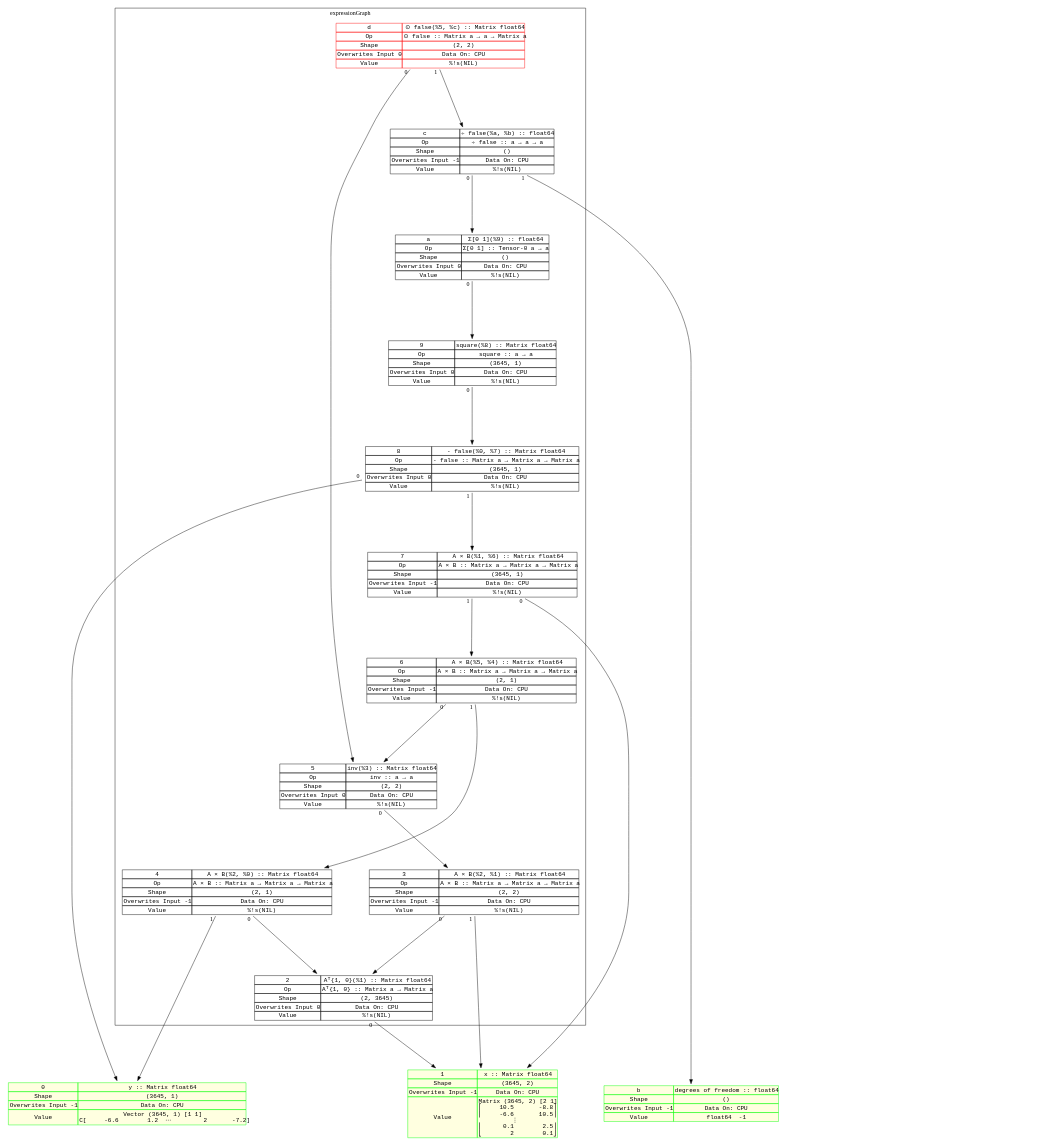
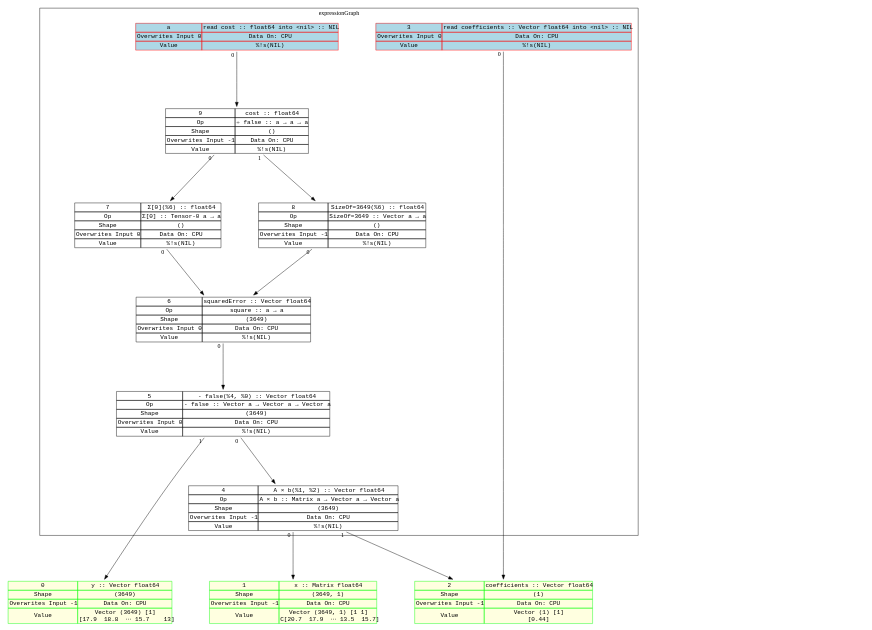
One commit to MashinIvan/prediction changed the diagram in simple_graph.dot. Above: the diagram before and after it, drawn with Graphviz. The commit also changed 19 other files, not shown here.

```diff
--- a/simple_graph.dot
+++ b/simple_graph.dot
@@ -2,36 +2,29 @@
 	nodesep=1;
 	rankdir=TB;
 	ranksep="1.5 equally";
-	Node_0xc00047ea80:Node_0xc00047ea80:anchor->Node_0xc00047e8c0:Node_0xc00047e8c0:anchor[ labelfloat=false, taillabel=" 0 " ];
-	Node_0xc00047eb60:Node_0xc00047eb60:anchor->Node_0xc00047ea80:Node_0xc00047ea80:anchor[ labelfloat=false, taillabel=" 0 " ];
-	Node_0xc00047eb60:Node_0xc00047eb60:anchor->Node_0xc00047e8c0:Node_0xc00047e8c0:anchor[ labelfloat=false, taillabel=" 1 " ];
-	Node_0xc00047ec40:Node_0xc00047ec40:anchor->Node_0xc00047ea80:Node_0xc00047ea80:anchor[ labelfloat=false, taillabel=" 0 " ];
-	Node_0xc00047ec40:Node_0xc00047ec40:anchor->Node_0xc00047e540:Node_0xc00047e540:anchor[ labelfloat=false, taillabel=" 1 " ];
-	Node_0xc00047ed20:Node_0xc00047ed20:anchor->Node_0xc00047eb60:Node_0xc00047eb60:anchor[ labelfloat=false, taillabel=" 0 " ];
-	Node_0xc00047ee00:Node_0xc00047ee00:anchor->Node_0xc00047ed20:Node_0xc00047ed20:anchor[ labelfloat=false, taillabel=" 0 " ];
-	Node_0xc00047ee00:Node_0xc00047ee00:anchor->Node_0xc00047ec40:Node_0xc00047ec40:anchor[ labelfloat=false, taillabel=" 1 " ];
-	Node_0xc00047eee0:Node_0xc00047eee0:anchor->Node_0xc00047e8c0:Node_0xc00047e8c0:anchor[ labelfloat=false, taillabel=" 0 " ];
-	Node_0xc00047eee0:Node_0xc00047eee0:anchor->Node_0xc00047ee00:Node_0xc00047ee00:anchor[ labelfloat=false, taillabel=" 1 " ];
-	Node_0xc00047efc0:Node_0xc00047efc0:anchor->Node_0xc00047e540:Node_0xc00047e540:anchor[ labelfloat=false, taillabel=" 0 " ];
-	Node_0xc00047efc0:Node_0xc00047efc0:anchor->Node_0xc00047eee0:Node_0xc00047eee0:anchor[ labelfloat=false, taillabel=" 1 " ];
-	Node_0xc00047f260:Node_0xc00047f260:anchor->Node_0xc00047efc0:Node_0xc00047efc0:anchor[ labelfloat=false, taillabel=" 0 " ];
-	Node_0xc00047f340:Node_0xc00047f340:anchor->Node_0xc00047f260:Node_0xc00047f260:anchor[ labelfloat=false, taillabel=" 0 " ];
-	Node_0xc00047f500:Node_0xc00047f500:anchor->Node_0xc00047f340:Node_0xc00047f340:anchor[ labelfloat=false, taillabel=" 0 " ];
-	Node_0xc00047f500:Node_0xc00047f500:anchor->Node_0xc00047f420:Node_0xc00047f420:anchor[ labelfloat=false, taillabel=" 1 " ];
-	Node_0xc00047f5e0:Node_0xc00047f5e0:anchor->Node_0xc00047ed20:Node_0xc00047ed20:anchor[ labelfloat=false, taillabel=" 0 " ];
-	Node_0xc00047f5e0:Node_0xc00047f5e0:anchor->Node_0xc00047f500:Node_0xc00047f500:anchor[ labelfloat=false, taillabel=" 1 " ];
+	Node_0xc00031a2a0:Node_0xc00031a2a0:anchor->Node_0xc00031a1c0:Node_0xc00031a1c0:anchor[ labelfloat=false, taillabel=" 0 " ];
+	Node_0xc00031a380:Node_0xc00031a380:anchor->Node_0xc00031a0e0:Node_0xc00031a0e0:anchor[ labelfloat=false, taillabel=" 0 " ];
+	Node_0xc00031a380:Node_0xc00031a380:anchor->Node_0xc00031a1c0:Node_0xc00031a1c0:anchor[ labelfloat=false, taillabel=" 1 " ];
+	Node_0xc00031a460:Node_0xc00031a460:anchor->Node_0xc00031a380:Node_0xc00031a380:anchor[ labelfloat=false, taillabel=" 0 " ];
+	Node_0xc00031a460:Node_0xc00031a460:anchor->Node_0xc00031a000:Node_0xc00031a000:anchor[ labelfloat=false, taillabel=" 1 " ];
+	Node_0xc00031a540:Node_0xc00031a540:anchor->Node_0xc00031a460:Node_0xc00031a460:anchor[ labelfloat=false, taillabel=" 0 " ];
+	Node_0xc00031a620:Node_0xc00031a620:anchor->Node_0xc00031a540:Node_0xc00031a540:anchor[ labelfloat=false, taillabel=" 0 " ];
+	Node_0xc00031a700:Node_0xc00031a700:anchor->Node_0xc00031a540:Node_0xc00031a540:anchor[ labelfloat=false, taillabel=" 0 " ];
+	Node_0xc00031a8c0:Node_0xc00031a8c0:anchor->Node_0xc00031a620:Node_0xc00031a620:anchor[ labelfloat=false, taillabel=" 0 " ];
+	Node_0xc00031a8c0:Node_0xc00031a8c0:anchor->Node_0xc00031a700:Node_0xc00031a700:anchor[ labelfloat=false, taillabel=" 1 " ];
+	Node_0xc00031a9a0:Node_0xc00031a9a0:anchor->Node_0xc00031a8c0:Node_0xc00031a8c0:anchor[ labelfloat=false, taillabel=" 0 " ];
 	outsideRoot->insideInputs[ constraint=false, style=invis, weight=999 ];
 	outsideExprG->insideExprG[ constraint=false, style=invis, weight=999 ];
 	outsideRoot->outsideExprG[ constraint=false, style=invis, weight=999 ];
 	insideInputs->insideExprG[ constraint=false, style=invis, weight=999 ];
 	subgraph cluster_expressionGraph {
 	label=expressionGraph;
-	Node_0xc00047ea80 [ fontname=monospace, label=<
-<TABLE BORDER="0" CELLBORDER="1" CELLSPACING="0" PORT="anchor" >
+	Node_0xc00031a2a0 [ fontname=monospace, label=<
+<TABLE BORDER="0" CELLBORDER="1" CELLSPACING="0" PORT="anchor"  COLOR="#FF0000;"  BGCOLOR="lightblue">
 
-<TR><TD>2</TD><TD>Aᵀ{1, 0}(%1) :: Matrix float64</TD></TR>
-<TR><TD>Op</TD><TD>Aᵀ{1, 0} :: Matrix a → Matrix a</TD></TR>
-<TR><TD>Shape</TD><TD>(2, 3645)</TD></TR>
+<TR><TD>3</TD><TD>read coefficients :: Vector float64 into &lt;nil&gt; :: NIL</TD></TR>
+
+
 <TR><TD>Overwrites Input 0</TD><TD>Data On: CPU</TD></TR>
 
 <TR><TD>Value</TD><TD>%!s(NIL)</TD></TR>
@@ -39,12 +32,12 @@
 
 </TABLE>
 >, shape=none ];
-	Node_0xc00047eb60 [ fontname=monospace, label=<
+	Node_0xc00031a380 [ fontname=monospace, label=<
 <TABLE BORDER="0" CELLBORDER="1" CELLSPACING="0" PORT="anchor" >
 
-<TR><TD>3</TD><TD>A × B(%2, %1) :: Matrix float64</TD></TR>
-<TR><TD>Op</TD><TD>A × B :: Matrix a → Matrix a → Matrix a</TD></TR>
-<TR><TD>Shape</TD><TD>(2, 2)</TD></TR>
+<TR><TD>4</TD><TD>A × b(%1, %2) :: Vector float64</TD></TR>
+<TR><TD>Op</TD><TD>A × b :: Matrix a → Vector a → Vector a</TD></TR>
+<TR><TD>Shape</TD><TD>(3649)</TD></TR>
 <TR><TD>Overwrites Input -1</TD><TD>Data On: CPU</TD></TR>
 
 <TR><TD>Value</TD><TD>%!s(NIL)</TD></TR>
@@ -52,25 +45,12 @@
 
 </TABLE>
 >, shape=none ];
-	Node_0xc00047ec40 [ fontname=monospace, label=<
+	Node_0xc00031a460 [ fontname=monospace, label=<
 <TABLE BORDER="0" CELLBORDER="1" CELLSPACING="0" PORT="anchor" >
 
-<TR><TD>4</TD><TD>A × B(%2, %0) :: Matrix float64</TD></TR>
-<TR><TD>Op</TD><TD>A × B :: Matrix a → Matrix a → Matrix a</TD></TR>
-<TR><TD>Shape</TD><TD>(2, 1)</TD></TR>
-<TR><TD>Overwrites Input -1</TD><TD>Data On: CPU</TD></TR>
-
-<TR><TD>Value</TD><TD>%!s(NIL)</TD></TR>
-
-
-</TABLE>
->, shape=none ];
-	Node_0xc00047ed20 [ fontname=monospace, label=<
-<TABLE BORDER="0" CELLBORDER="1" CELLSPACING="0" PORT="anchor" >
-
-<TR><TD>5</TD><TD>inv(%3) :: Matrix float64</TD></TR>
-<TR><TD>Op</TD><TD>inv :: a → a</TD></TR>
-<TR><TD>Shape</TD><TD>(2, 2)</TD></TR>
+<TR><TD>5</TD><TD>- false(%4, %0) :: Vector float64</TD></TR>
+<TR><TD>Op</TD><TD>- false :: Vector a → Vector a → Vector a</TD></TR>
+<TR><TD>Shape</TD><TD>(3649)</TD></TR>
 <TR><TD>Overwrites Input 0</TD><TD>Data On: CPU</TD></TR>
 
 <TR><TD>Value</TD><TD>%!s(NIL)</TD></TR>
@@ -78,38 +58,12 @@
 
 </TABLE>
 >, shape=none ];
-	Node_0xc00047ee00 [ fontname=monospace, label=<
+	Node_0xc00031a540 [ fontname=monospace, label=<
 <TABLE BORDER="0" CELLBORDER="1" CELLSPACING="0" PORT="anchor" >
 
-<TR><TD>6</TD><TD>A × B(%5, %4) :: Matrix float64</TD></TR>
-<TR><TD>Op</TD><TD>A × B :: Matrix a → Matrix a → Matrix a</TD></TR>
-<TR><TD>Shape</TD><TD>(2, 1)</TD></TR>
-<TR><TD>Overwrites Input -1</TD><TD>Data On: CPU</TD></TR>
-
-<TR><TD>Value</TD><TD>%!s(NIL)</TD></TR>
-
-
-</TABLE>
->, shape=none ];
-	Node_0xc00047eee0 [ fontname=monospace, label=<
-<TABLE BORDER="0" CELLBORDER="1" CELLSPACING="0" PORT="anchor" >
-
-<TR><TD>7</TD><TD>A × B(%1, %6) :: Matrix float64</TD></TR>
-<TR><TD>Op</TD><TD>A × B :: Matrix a → Matrix a → Matrix a</TD></TR>
-<TR><TD>Shape</TD><TD>(3645, 1)</TD></TR>
-<TR><TD>Overwrites Input -1</TD><TD>Data On: CPU</TD></TR>
-
-<TR><TD>Value</TD><TD>%!s(NIL)</TD></TR>
-
-
-</TABLE>
->, shape=none ];
-	Node_0xc00047efc0 [ fontname=monospace, label=<
-<TABLE BORDER="0" CELLBORDER="1" CELLSPACING="0" PORT="anchor" >
-
-<TR><TD>8</TD><TD>- false(%0, %7) :: Matrix float64</TD></TR>
-<TR><TD>Op</TD><TD>- false :: Matrix a → Matrix a → Matrix a</TD></TR>
-<TR><TD>Shape</TD><TD>(3645, 1)</TD></TR>
+<TR><TD>6</TD><TD>squaredError :: Vector float64</TD></TR>
+<TR><TD>Op</TD><TD>square :: a → a</TD></TR>
+<TR><TD>Shape</TD><TD>(3649)</TD></TR>
 <TR><TD>Overwrites Input 0</TD><TD>Data On: CPU</TD></TR>
 
 <TR><TD>Value</TD><TD>%!s(NIL)</TD></TR>
@@ -117,24 +71,11 @@
 
 </TABLE>
 >, shape=none ];
-	Node_0xc00047f260 [ fontname=monospace, label=<
+	Node_0xc00031a620 [ fontname=monospace, label=<
 <TABLE BORDER="0" CELLBORDER="1" CELLSPACING="0" PORT="anchor" >
 
-<TR><TD>9</TD><TD>square(%8) :: Matrix float64</TD></TR>
-<TR><TD>Op</TD><TD>square :: a → a</TD></TR>
-<TR><TD>Shape</TD><TD>(3645, 1)</TD></TR>
-<TR><TD>Overwrites Input 0</TD><TD>Data On: CPU</TD></TR>
-
-<TR><TD>Value</TD><TD>%!s(NIL)</TD></TR>
-
-
-</TABLE>
->, shape=none ];
-	Node_0xc00047f340 [ fontname=monospace, label=<
-<TABLE BORDER="0" CELLBORDER="1" CELLSPACING="0" PORT="anchor" >
-
-<TR><TD>a</TD><TD>Σ[0 1](%9) :: float64</TD></TR>
-<TR><TD>Op</TD><TD>Σ[0 1] :: Tensor-0 a → a</TD></TR>
+<TR><TD>7</TD><TD>Σ[0](%6) :: float64</TD></TR>
+<TR><TD>Op</TD><TD>Σ[0] :: Tensor-0 a → a</TD></TR>
 <TR><TD>Shape</TD><TD>()</TD></TR>
 <TR><TD>Overwrites Input 0</TD><TD>Data On: CPU</TD></TR>
 
@@ -143,10 +84,23 @@
 
 </TABLE>
 >, shape=none ];
-	Node_0xc00047f500 [ fontname=monospace, label=<
+	Node_0xc00031a700 [ fontname=monospace, label=<
 <TABLE BORDER="0" CELLBORDER="1" CELLSPACING="0" PORT="anchor" >
 
-<TR><TD>c</TD><TD>÷ false(%a, %b) :: float64</TD></TR>
+<TR><TD>8</TD><TD>SizeOf=3649(%6) :: float64</TD></TR>
+<TR><TD>Op</TD><TD>SizeOf=3649 :: Vector a → a</TD></TR>
+<TR><TD>Shape</TD><TD>()</TD></TR>
+<TR><TD>Overwrites Input -1</TD><TD>Data On: CPU</TD></TR>
+
+<TR><TD>Value</TD><TD>%!s(NIL)</TD></TR>
+
+
+</TABLE>
+>, shape=none ];
+	Node_0xc00031a8c0 [ fontname=monospace, label=<
+<TABLE BORDER="0" CELLBORDER="1" CELLSPACING="0" PORT="anchor" >
+
+<TR><TD>9</TD><TD>cost :: float64</TD></TR>
 <TR><TD>Op</TD><TD>÷ false :: a → a → a</TD></TR>
 <TR><TD>Shape</TD><TD>()</TD></TR>
 <TR><TD>Overwrites Input -1</TD><TD>Data On: CPU</TD></TR>
@@ -156,12 +110,12 @@
 
 </TABLE>
 >, shape=none ];
-	Node_0xc00047f5e0 [ fontname=monospace, label=<
-<TABLE BORDER="0" CELLBORDER="1" CELLSPACING="0" PORT="anchor"  COLOR="#FF0000;" >
+	Node_0xc00031a9a0 [ fontname=monospace, label=<
+<TABLE BORDER="0" CELLBORDER="1" CELLSPACING="0" PORT="anchor"  COLOR="#FF0000;"  BGCOLOR="lightblue">
 
-<TR><TD>d</TD><TD>⊙ false(%5, %c) :: Matrix float64</TD></TR>
-<TR><TD>Op</TD><TD>⊙ false :: Matrix a → a → Matrix a</TD></TR>
-<TR><TD>Shape</TD><TD>(2, 2)</TD></TR>
+<TR><TD>a</TD><TD>read cost :: float64 into &lt;nil&gt; :: NIL</TD></TR>
+
+
 <TR><TD>Overwrites Input 0</TD><TD>Data On: CPU</TD></TR>
 
 <TR><TD>Value</TD><TD>%!s(NIL)</TD></TR>
@@ -177,41 +131,41 @@
 	rank=max;
 	subgraph cluster_inputs {
 	label=inputs;
-	Node_0xc00047e540 [ fontname=monospace, label=<
+	Node_0xc00031a000 [ fontname=monospace, label=<
 <TABLE BORDER="0" CELLBORDER="1" CELLSPACING="0" PORT="anchor"  COLOR="#00FF00;" BGCOLOR="lightyellow">
 
-<TR><TD>0</TD><TD>y :: Matrix float64</TD></TR>
+<TR><TD>0</TD><TD>y :: Vector float64</TD></TR>
 
-<TR><TD>Shape</TD><TD>(3645, 1)</TD></TR>
+<TR><TD>Shape</TD><TD>(3649)</TD></TR>
 <TR><TD>Overwrites Input -1</TD><TD>Data On: CPU</TD></TR>
 
-<TR><TD>Value</TD><TD>Vector (3645, 1) [1 1]<BR />C[     -6.6        1.2  ⋯         2       -7.2]</TD></TR>
+<TR><TD>Value</TD><TD>Vector (3649) [1]<BR />[17.9  18.8  ⋯ 15.7    13]</TD></TR>
 
 
 </TABLE>
 >, shape=none ];
-	Node_0xc00047e8c0 [ fontname=monospace, label=<
+	Node_0xc00031a0e0 [ fontname=monospace, label=<
 <TABLE BORDER="0" CELLBORDER="1" CELLSPACING="0" PORT="anchor"  COLOR="#00FF00;" BGCOLOR="lightyellow">
 
 <TR><TD>1</TD><TD>x :: Matrix float64</TD></TR>
 
-<TR><TD>Shape</TD><TD>(3645, 2)</TD></TR>
+<TR><TD>Shape</TD><TD>(3649, 1)</TD></TR>
 <TR><TD>Overwrites Input -1</TD><TD>Data On: CPU</TD></TR>
 
-<TR><TD>Value</TD><TD>Matrix (3645, 2) [2 1]<BR />⎡     10.5       -8.8⎤<BR />⎢     -6.6       10.5⎥<BR />  ⋮  <BR />⎢      0.1        2.5⎥<BR />⎣        2        0.1⎦<BR /></TD></TR>
+<TR><TD>Value</TD><TD>Vector (3649, 1) [1 1]<BR />C[20.7  17.9  ⋯ 13.5  15.7]</TD></TR>
 
 
 </TABLE>
 >, shape=none ];
-	Node_0xc00047f420 [ fontname=monospace, label=<
+	Node_0xc00031a1c0 [ fontname=monospace, label=<
 <TABLE BORDER="0" CELLBORDER="1" CELLSPACING="0" PORT="anchor"  COLOR="#00FF00;" BGCOLOR="lightyellow">
 
-<TR><TD>b</TD><TD>degrees of freedom :: float64</TD></TR>
+<TR><TD>2</TD><TD>coefficients :: Vector float64</TD></TR>
 
-<TR><TD>Shape</TD><TD>()</TD></TR>
+<TR><TD>Shape</TD><TD>(1)</TD></TR>
 <TR><TD>Overwrites Input -1</TD><TD>Data On: CPU</TD></TR>
 
-<TR><TD>Value</TD><TD>float64  -1</TD></TR>
+<TR><TD>Value</TD><TD>Vector (1) [1]<BR />[0.44]</TD></TR>
 
 
 </TABLE>
```
